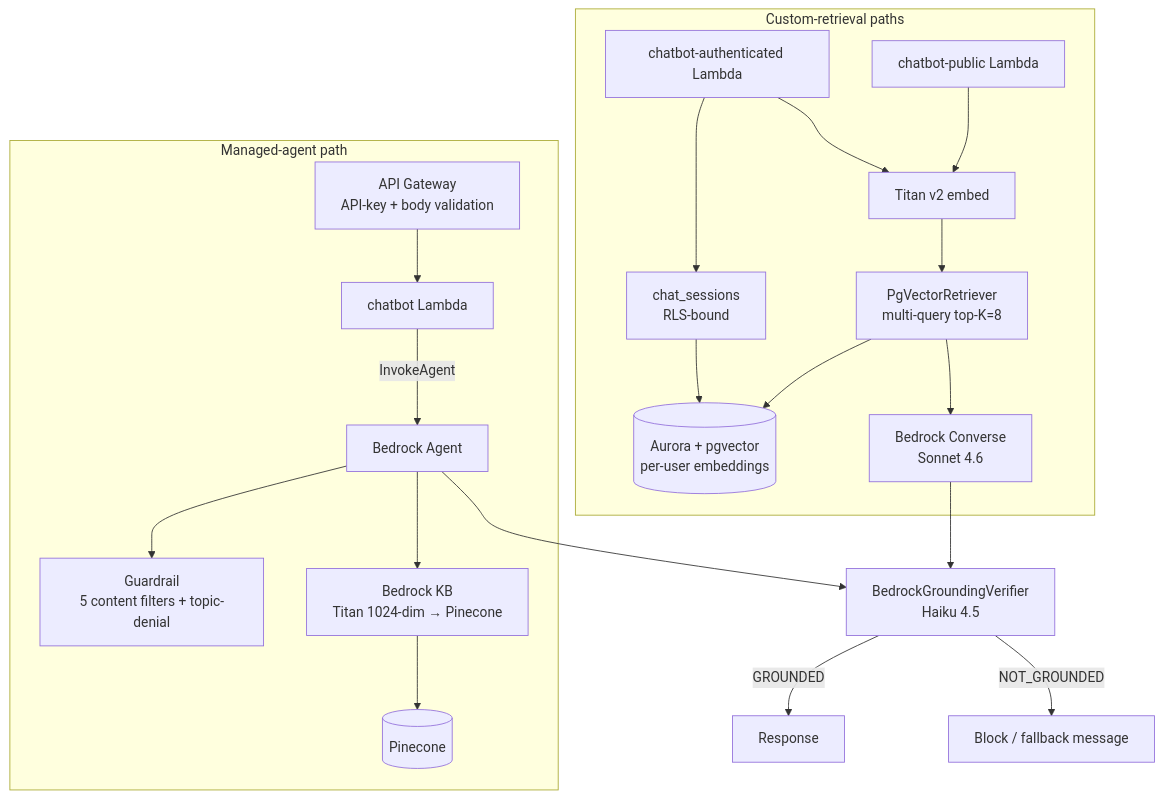
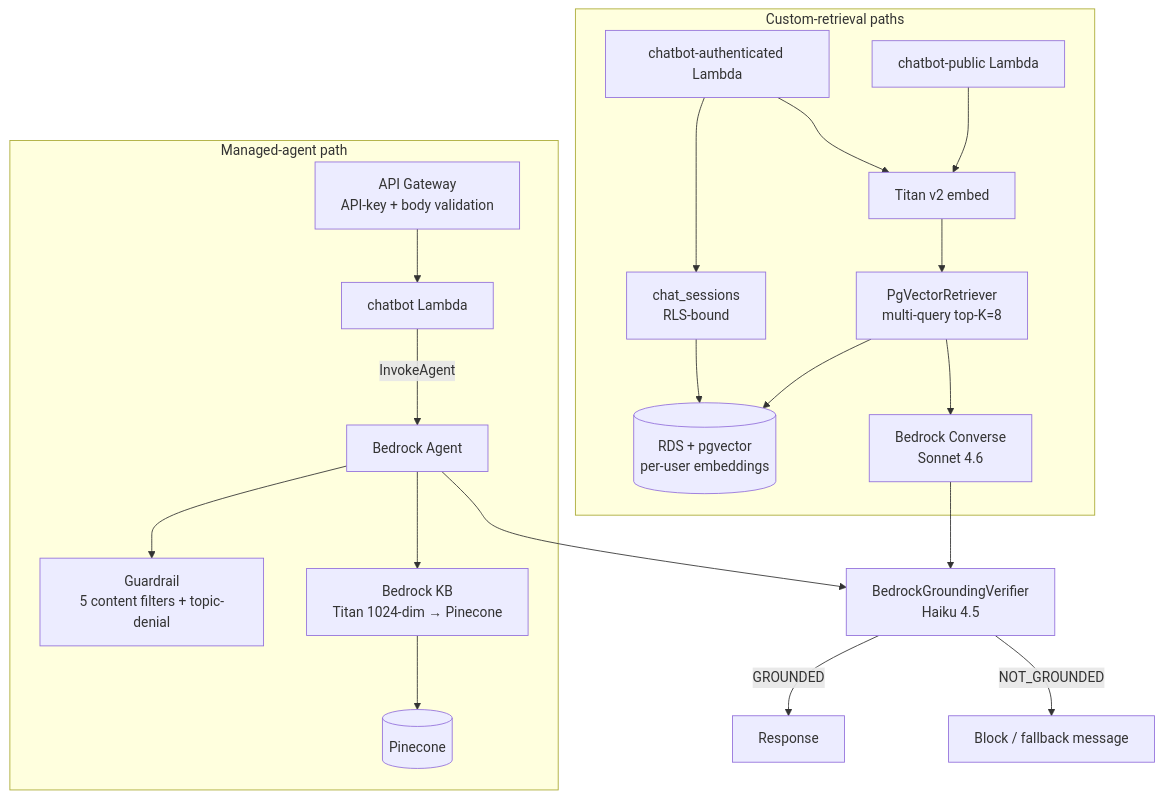
The diagram in docs/concepts/bedrock-rag-surface.md (Nelson-Lamounier/ai-applications), drawn with Mermaid before and after one commit. The commit also changed 15 other files, not shown here.

````diff
--- a/docs/concepts/bedrock-rag-surface.md
+++ b/docs/concepts/bedrock-rag-surface.md
@@ -51,23 +51,23 @@
 ```mermaid
 flowchart TD
     subgraph "Managed-agent path"
         APIGW[API Gateway<br/>API-key + body validation] --> ChatbotLambda[chatbot Lambda]
         ChatbotLambda -->|InvokeAgent| Agent[Bedrock Agent]
         Agent --> Guardrail[Guardrail<br/>5 content filters + topic-denial]
         Agent --> KB[Bedrock KB<br/>Titan 1024-dim → Pinecone]
         KB --> Pinecone[(Pinecone)]
     end
     subgraph "Custom-retrieval paths"
         PublicLambda[chatbot-public Lambda] --> Embed[Titan v2 embed]
         Embed --> PgRetriever[PgVectorRetriever<br/>multi-query top-K=8]
-        PgRetriever --> PG[(Aurora + pgvector<br/>per-user embeddings)]
+        PgRetriever --> PG[(RDS + pgvector<br/>per-user embeddings)]
         PgRetriever --> Converse[Bedrock Converse<br/>Sonnet 4.6]
         AuthLambda[chatbot-authenticated Lambda] --> Session[chat_sessions<br/>RLS-bound]
         AuthLambda --> Embed
         Session --> PG
     end
     Converse --> Grounding[BedrockGroundingVerifier<br/>Haiku 4.5]
     Agent --> Grounding
     Grounding -->|GROUNDED| Out[Response]
     Grounding -->|NOT_GROUNDED| Fallback[Block / fallback message]
 ```
````
